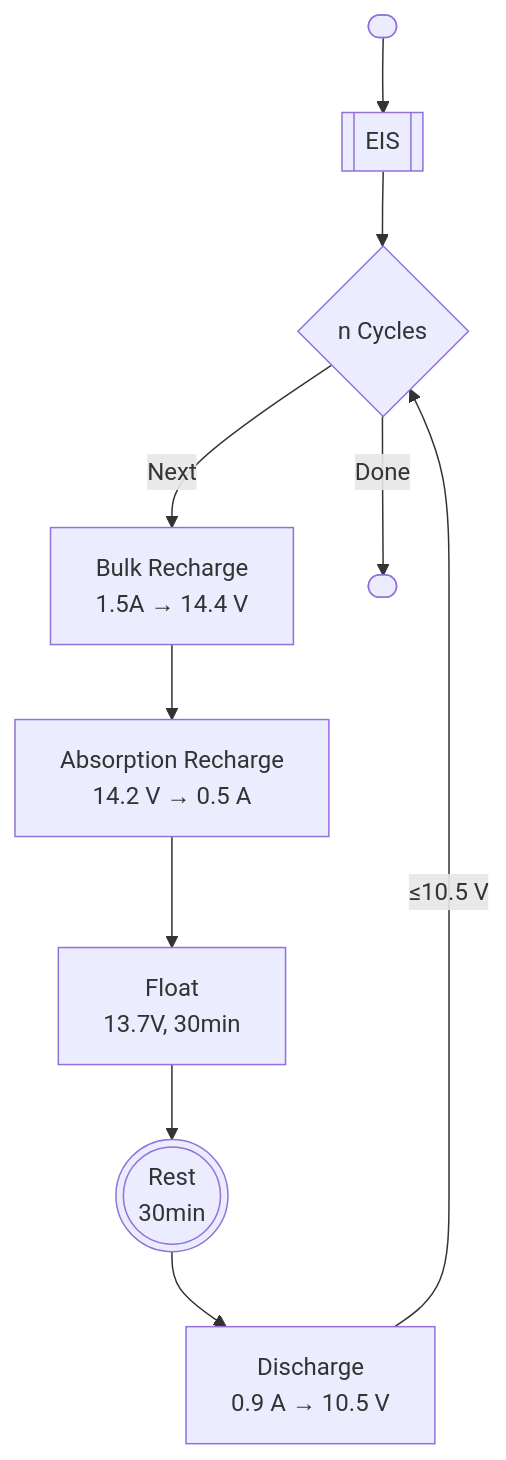
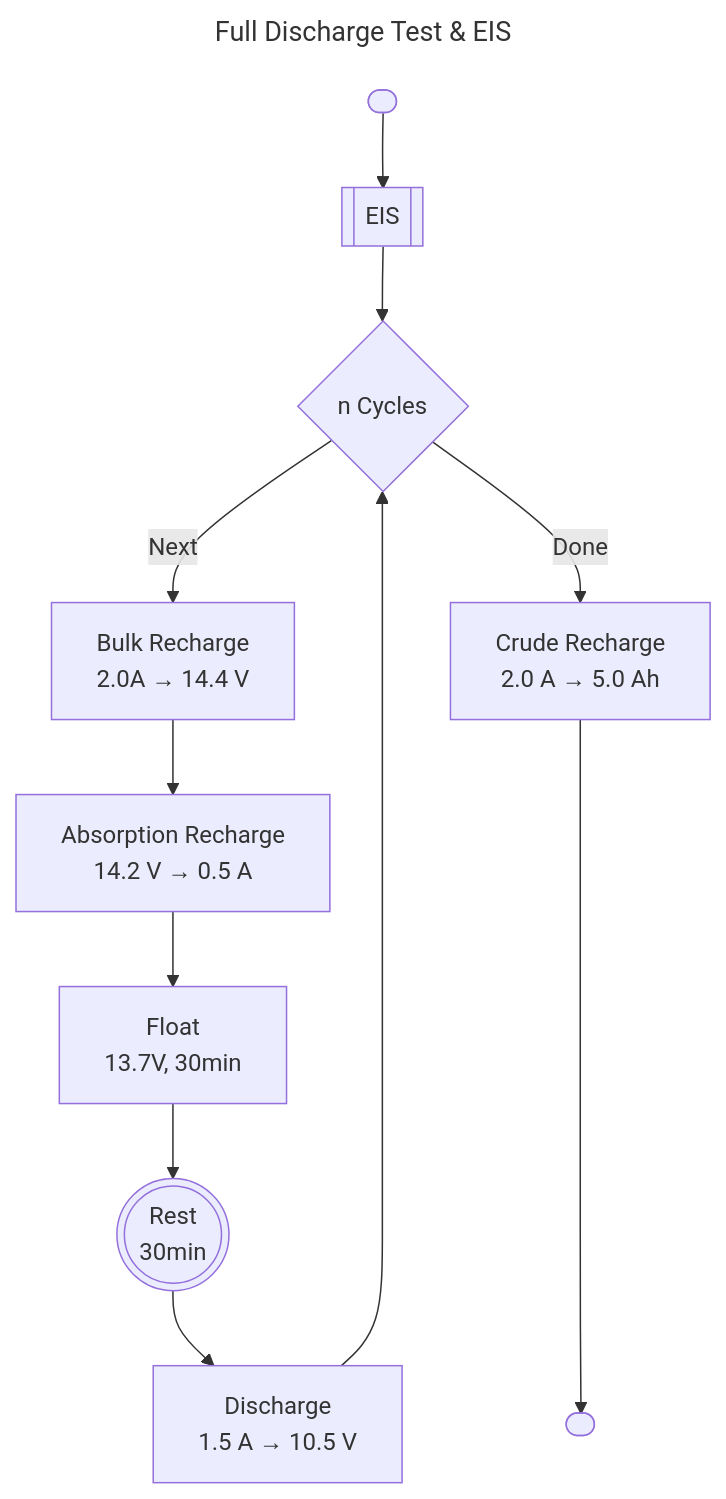
The second of 3 diagrams in Docs/UCT003 SoH Methodology.md (UCT-MARiS/SISPS-EXP-SOH), drawn with Mermaid before and after one commit. The commit also changed other lines of this file and 2 other files, not shown here.

````diff
--- a/Docs/UCT003 SoH Methodology.md
+++ b/Docs/UCT003 SoH Methodology.md
@@ -35,24 +65,30 @@
 ```mermaid
+---
+title: Full Discharge Test & EIS
+---
+
 flowchart TB
 
 start([ ])
 eis[[EIS]]
 cycle{n Cycles}
-discharge[Discharge<br>0.9 A &rarr; 10.5 V]
+discharge[Discharge<br>1.5 A &rarr; 10.5 V]
 wait(((Rest<br>30min)))
-bulk[Bulk Recharge<br>1.5A &rarr; 14.4 V]
+bulk[Bulk Recharge<br>2.0A &rarr; 14.4 V]
 absorb[Absorption Recharge<br>14.2 V #rarr; 0.5 A]
 float[Float<br>13.7V, 30min]
+recharge[Crude Recharge<br>2.0 A #rarr; 5.0 Ah]
 done([ ])
 
 start --> eis
 eis --> cycle 
 cycle -->|Next| bulk
 bulk --> absorb
 absorb --> float
 float --> wait
 wait --> discharge
-discharge -->|≤10.5 V| cycle
+discharge --> cycle
 
-cycle -->|Done| done
+cycle -->|Done| recharge
+recharge -----> done
 ```
````
